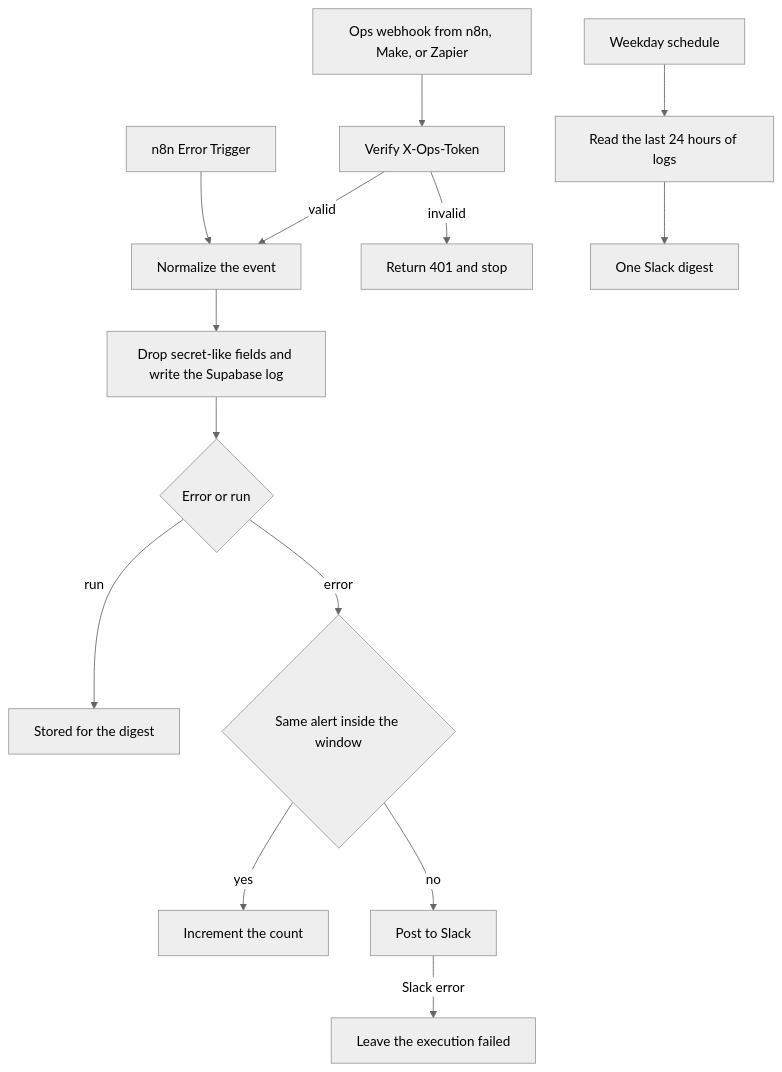
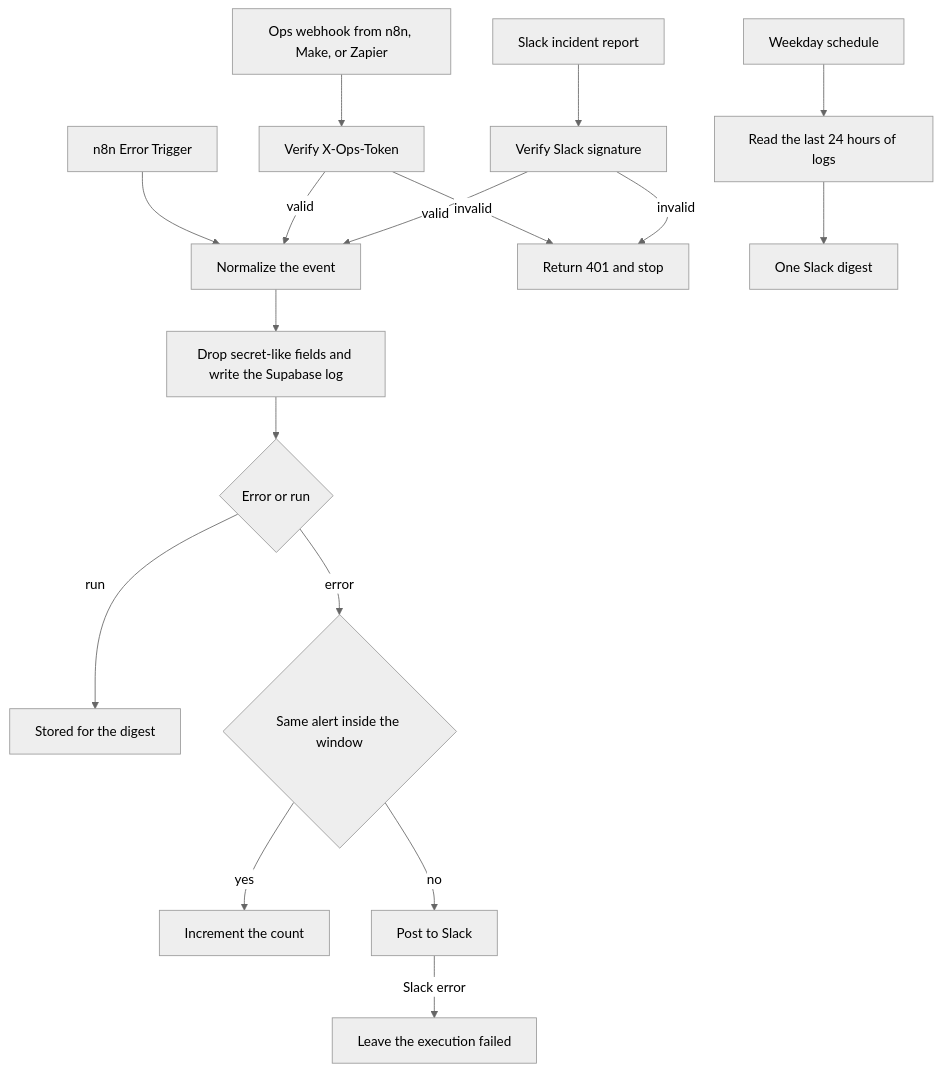
Before and after one commit to Raghavdeora27/ai-automation-portfolio: the diagram in workflows/07-ops-monitoring/README.md, drawn with Mermaid (neutral theme). The commit also changed other lines of this file and 29 other files, not shown here.

````diff
--- a/workflows/07-ops-monitoring/README.md
+++ b/workflows/07-ops-monitoring/README.md
@@ -84,16 +87,19 @@
 ```mermaid
 flowchart TD
   webhook["Ops webhook from n8n, Make, or Zapier"] --> verify["Verify X-Ops-Token"]
   errorTrigger["n8n Error Trigger"] --> normalize["Normalize the event"]
   verify -->|invalid| reject["Return 401 and stop"]
   verify -->|valid| normalize
   normalize --> strip["Drop secret-like fields and write the Supabase log"]
   strip --> kind{"Error or run"}
   kind -->|run| stored["Stored for the digest"]
   kind -->|error| dedupe{"Same alert inside the window"}
   dedupe -->|yes| count["Increment the count"]
   dedupe -->|no| slack["Post to Slack"]
   slack -->|Slack error| stay["Leave the execution failed"]
+  slackReport["Slack incident report"] --> slackVerify["Verify Slack signature"]
+  slackVerify -->|invalid| reject
+  slackVerify -->|valid| normalize
   schedule["Weekday schedule"] --> query["Read the last 24 hours of logs"]
   query --> digest["One Slack digest"]
 ```
````
